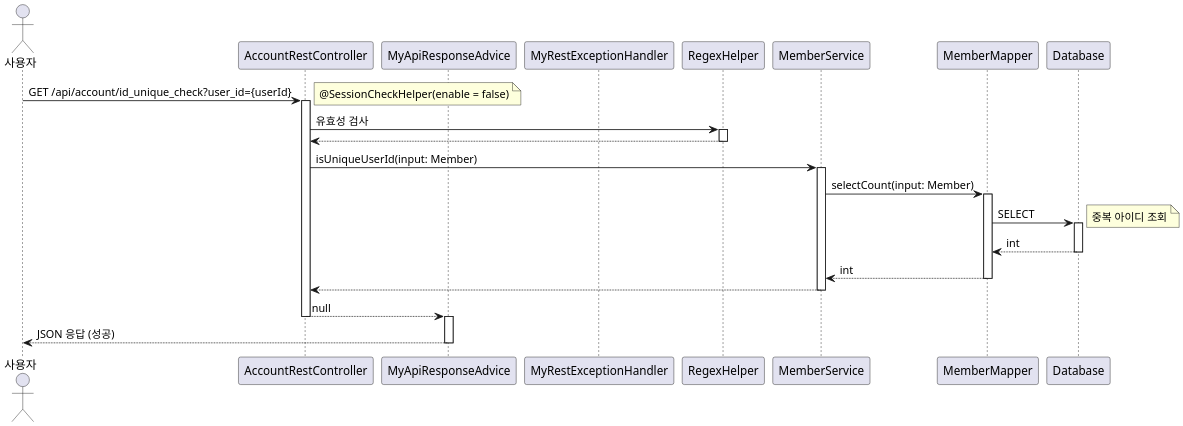
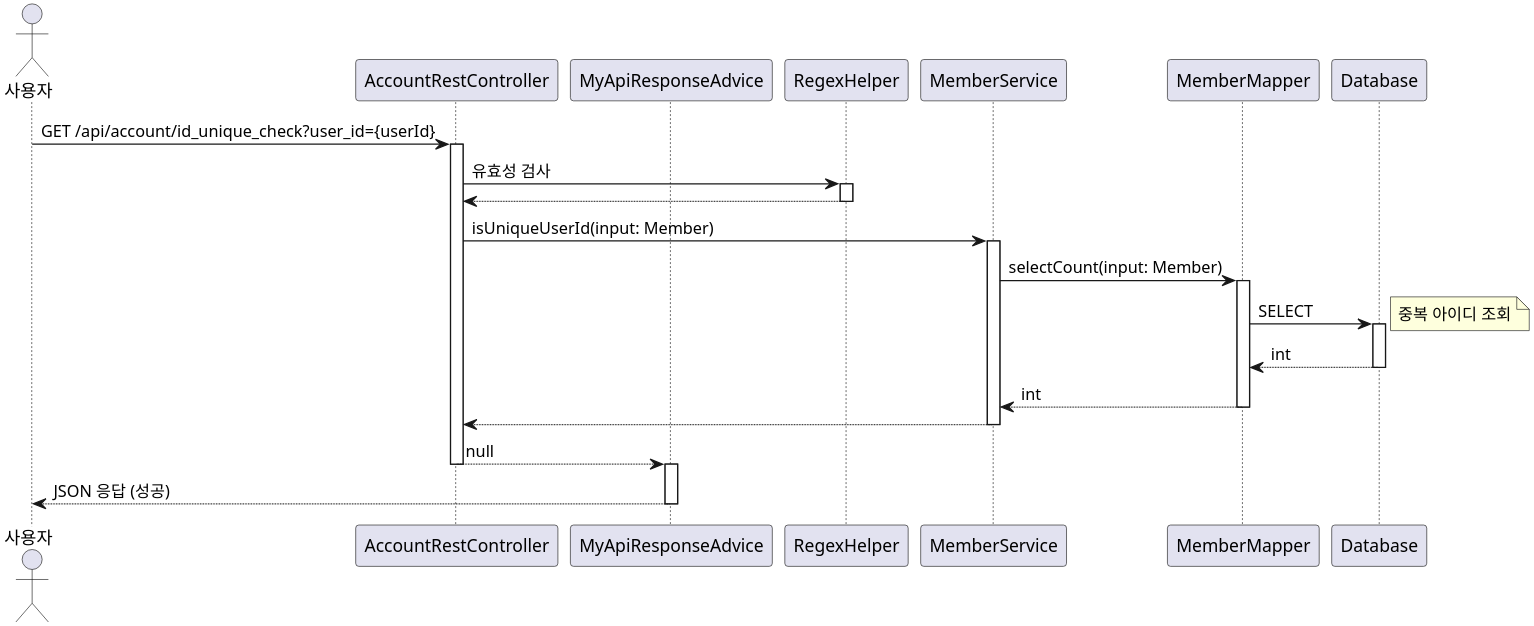
The diagram in uml/AccountRestController/idUniqueCheck_Sequence.puml (leekh4232/study-myshop), drawn with PlantUML before and after one commit. The commit also changed 207 other files, not shown here.

```diff
--- a/uml/AccountRestController/idUniqueCheck_Sequence.puml
+++ b/uml/AccountRestController/idUniqueCheck_Sequence.puml
@@ -1,42 +1,42 @@
 @startuml
-skinparam dpi 200
+skinparam dpi 300
 
 actor Actor as "사용자"
 participant AccountRestController
 participant MyApiResponseAdvice
-participant MyRestExceptionHandler
+' participant MyRestExceptionHandler
 participant RegexHelper
 participant MemberService
 participant MemberMapper
 participant Database
 
 Actor -> AccountRestController: GET /api/account/id_unique_check?user_id={userId}
 activate AccountRestController
-note right: @SessionCheckHelper(enable = false)
+' note right: @SessionCheckHelper(enable = false)
 
 AccountRestController -> RegexHelper: 유효성 검사
 activate RegexHelper
 RegexHelper --> AccountRestController
 deactivate RegexHelper
 
 AccountRestController -> MemberService: isUniqueUserId(input: Member)
 activate MemberService
 MemberService -> MemberMapper: selectCount(input: Member)
 activate MemberMapper
 MemberMapper -> Database: SELECT
 activate Database
 note right: 중복 아이디 조회
 Database --> MemberMapper: int
 deactivate Database
 MemberMapper --> MemberService: int
 deactivate MemberMapper
 MemberService --> AccountRestController
 deactivate MemberService
 
 AccountRestController --> MyApiResponseAdvice: null
 deactivate AccountRestController
 activate MyApiResponseAdvice
 MyApiResponseAdvice --> Actor: JSON 응답 (성공)
 deactivate MyApiResponseAdvice
 
 @enduml
```
